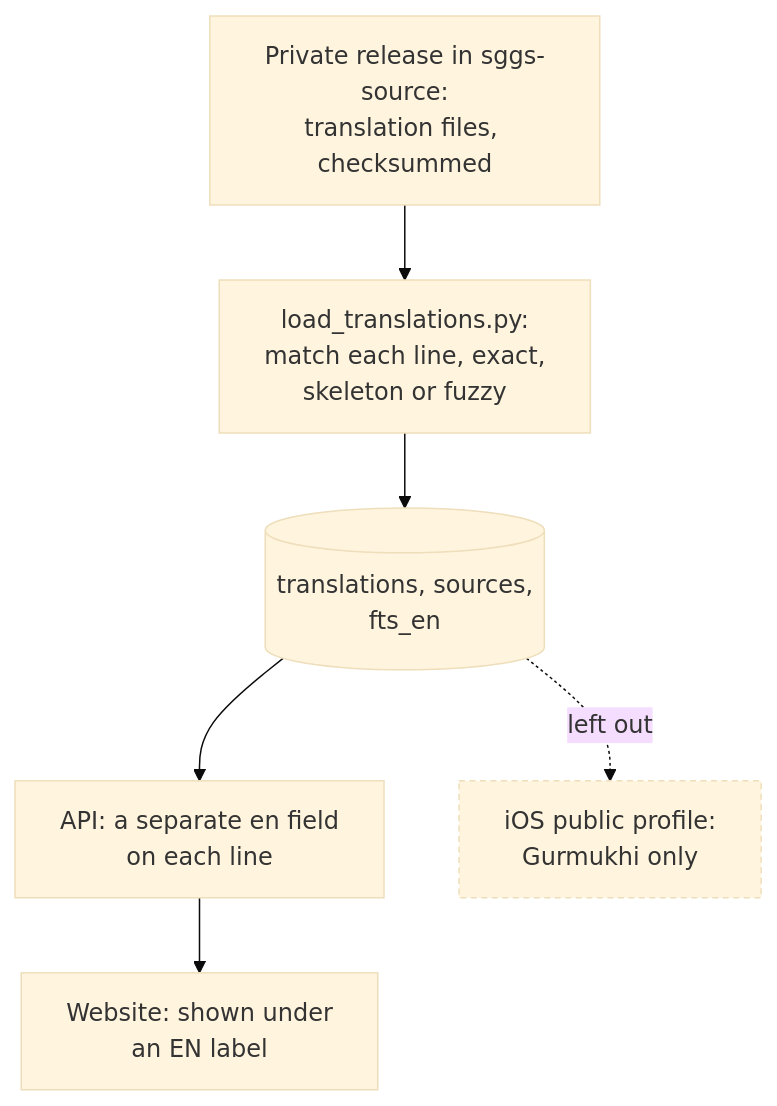
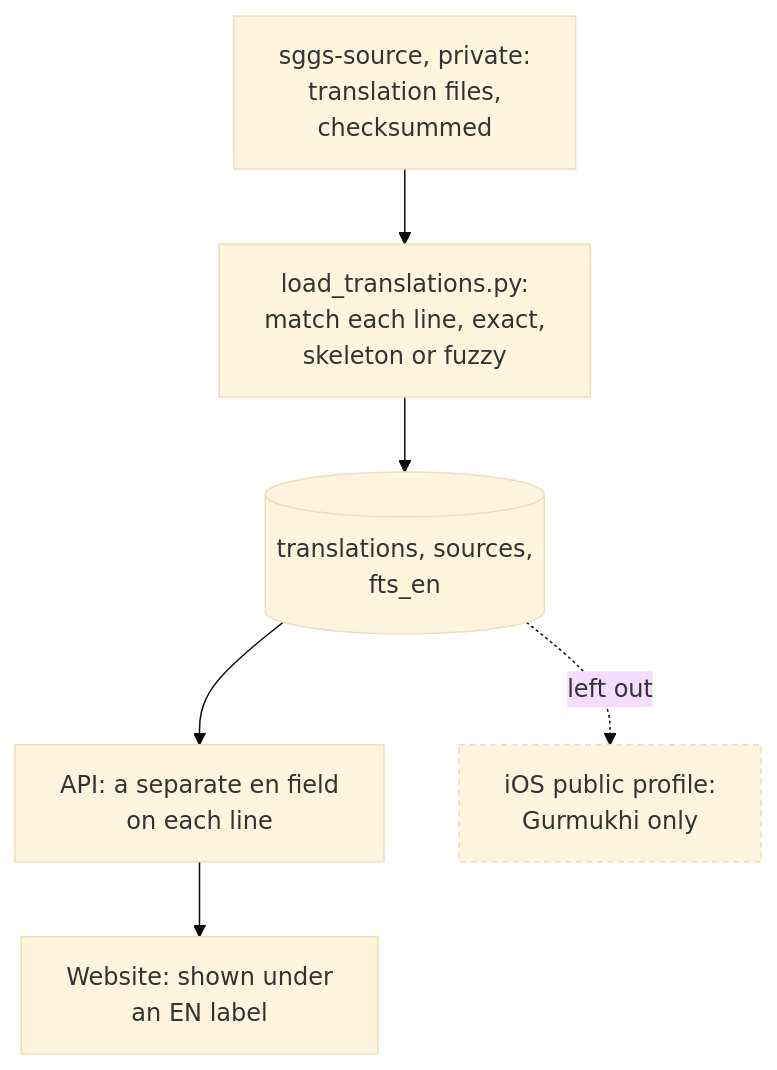
One commit to Algorythmos-AI/sggs-platform changed the diagram in docs/data/translation-layer.md. Above: the diagram before and after it, drawn with Mermaid (base theme). The commit also changed 2 other files, not shown here.

Commit message:
docs(wiki): diagram labels fit their boxes

````diff
--- a/docs/data/translation-layer.md
+++ b/docs/data/translation-layer.md
@@ -18,12 +18,12 @@
 ```mermaid
 flowchart TB
     accTitle: The English layer travels beside the scripture, never inside it
     accDescr: The translation files live in a private release in sggs-source and are verified against committed checksums before a rebuild may start. load_translations.py matches each translation to its line on the same or a neighbouring Ang and writes the translations table, the sources table and the fts_en index. The API attaches the English as a separate en field; the website shows it under an EN label; the App Store build's public profile leaves the layer out.
-    src[Private release in sggs-source:<br/>translation files, checksummed] --> load[load_translations.py:<br/>match each line, exact,<br/>skeleton or fuzzy]
+    src[sggs-source, private:<br/>translation files,<br/>checksummed] --> load[load_translations.py:<br/>match each line, exact,<br/>skeleton or fuzzy]
     load --> t[(translations, sources,<br/>fts_en)]
     t --> api[API: a separate en field<br/>on each line]
     api --> web[Website: shown under<br/>an EN label]
     t -.->|left out| ios[iOS public profile:<br/>Gurmukhi only]
     class ios side
     classDef side stroke-dasharray: 4 3
 ```
````
